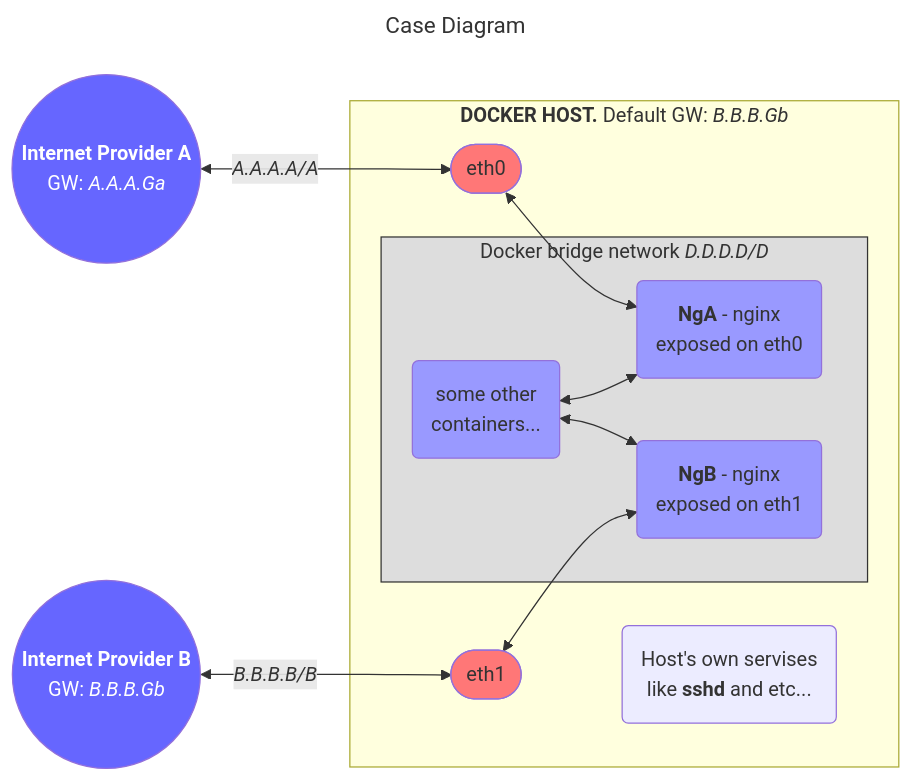
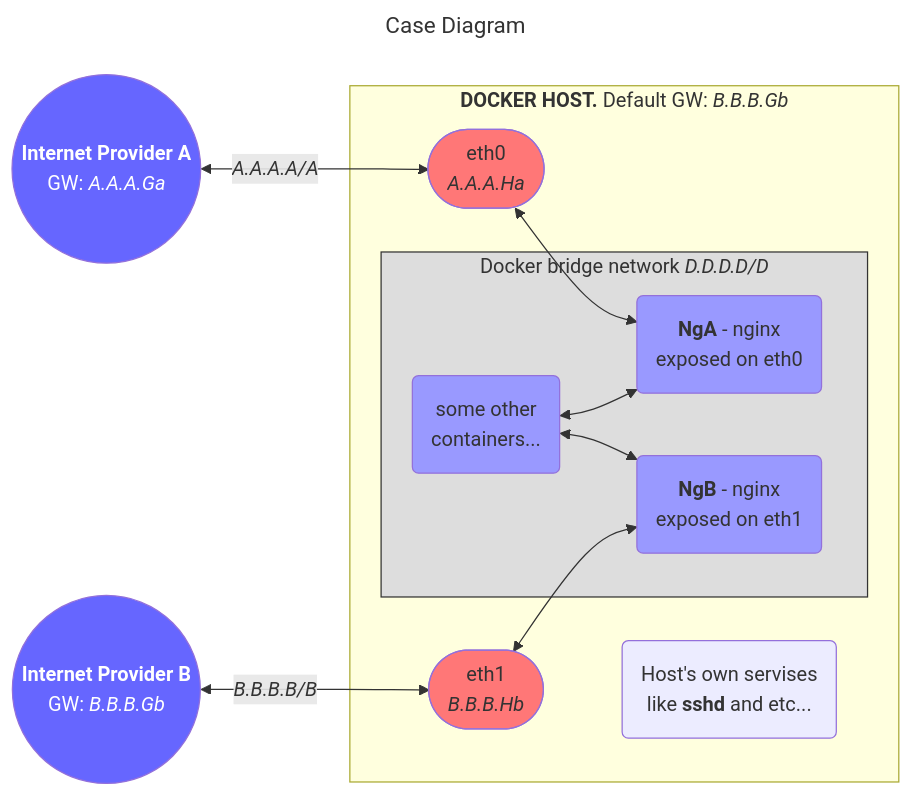
The diagram in multihomed-docker-host-routing.md (mikhalakis/notes), drawn with Mermaid before and after one commit.

````diff
--- a/multihomed-docker-host-routing.md
+++ b/multihomed-docker-host-routing.md
@@ -3,29 +3,29 @@
 ```mermaid
 ---
 title: Case Diagram
 ---
 graph LR
     ISPA(("<b>Internet Provider A</b><br>GW: <i>A.A.A.Ga</i>")) <--"<i>A.A.A.A/A</i>"--> eth0
     subgraph host ["<b>DOCKER HOST.</b> Default GW: <i>B.B.B.Gb</i>"]
-        eth0([eth0]) <--> NgA
+        eth0([eth0<br><i>A.A.A.Ha</i>]) <--> NgA
         subgraph dnet ["Docker bridge network <i>D.D.D.D/D</i>"]
             NgA("<b>NgA</b> - nginx<br>exposed on eth0")
             DC("some other<br>containers...")
             NgB("<b>NgB</b> - nginx<br>exposed on eth1")
             DC <--> NgA
             DC <--> NgB
         end
-        eth1([eth1]) <--> NgB
+        eth1([eth1<br><i>B.B.B.Hb</i>]) <--> NgB
         
         S("Host's own servises<br>like <b>sshd</b> and etc...")
       end
     ISPB(("<b>Internet Provider B</b><br>GW: <i>B.B.B.Gb</i>")) <--"<i>B.B.B.B/B</i>"--> eth1
     style dnet fill:#ddd,stroke:#333,font-weigth:bold;
     classDef Isp fill:#66F,color:white;
     classDef Srv fill:#99F;
     classDef net fill:#F77;
     class ISPA,ISPB,eth Isp;
     class NgA,NgB,DC Srv;
     class eth0,eth1 net;
     
 ```
````
